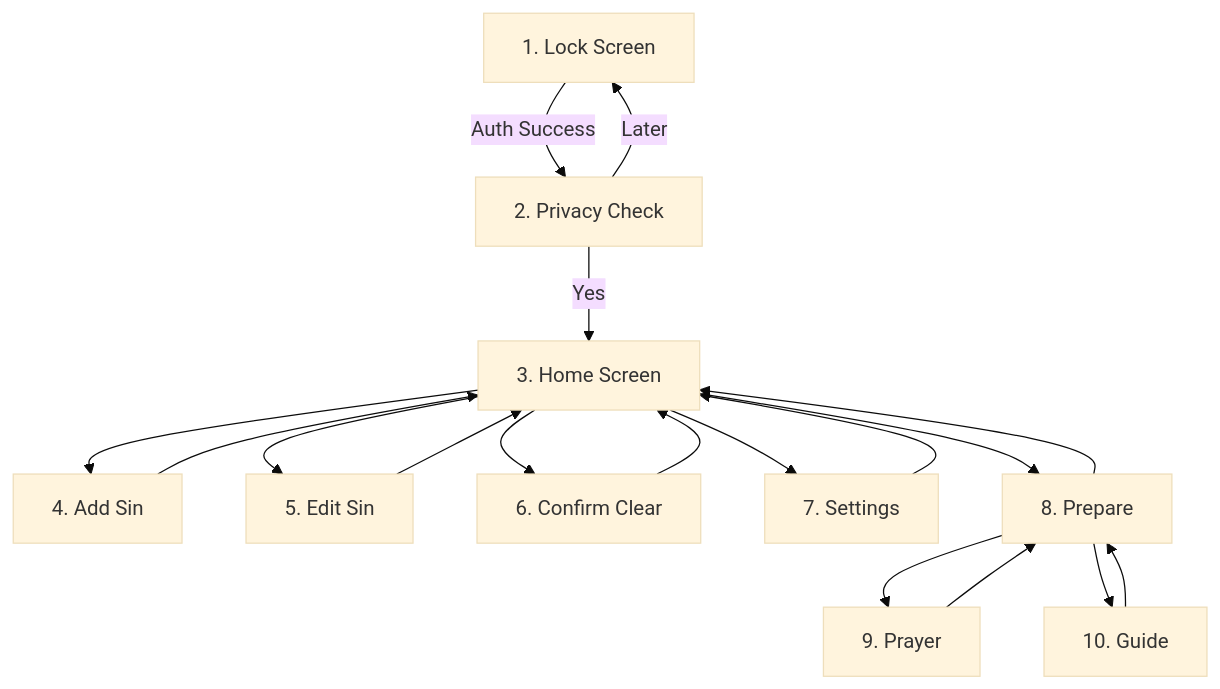
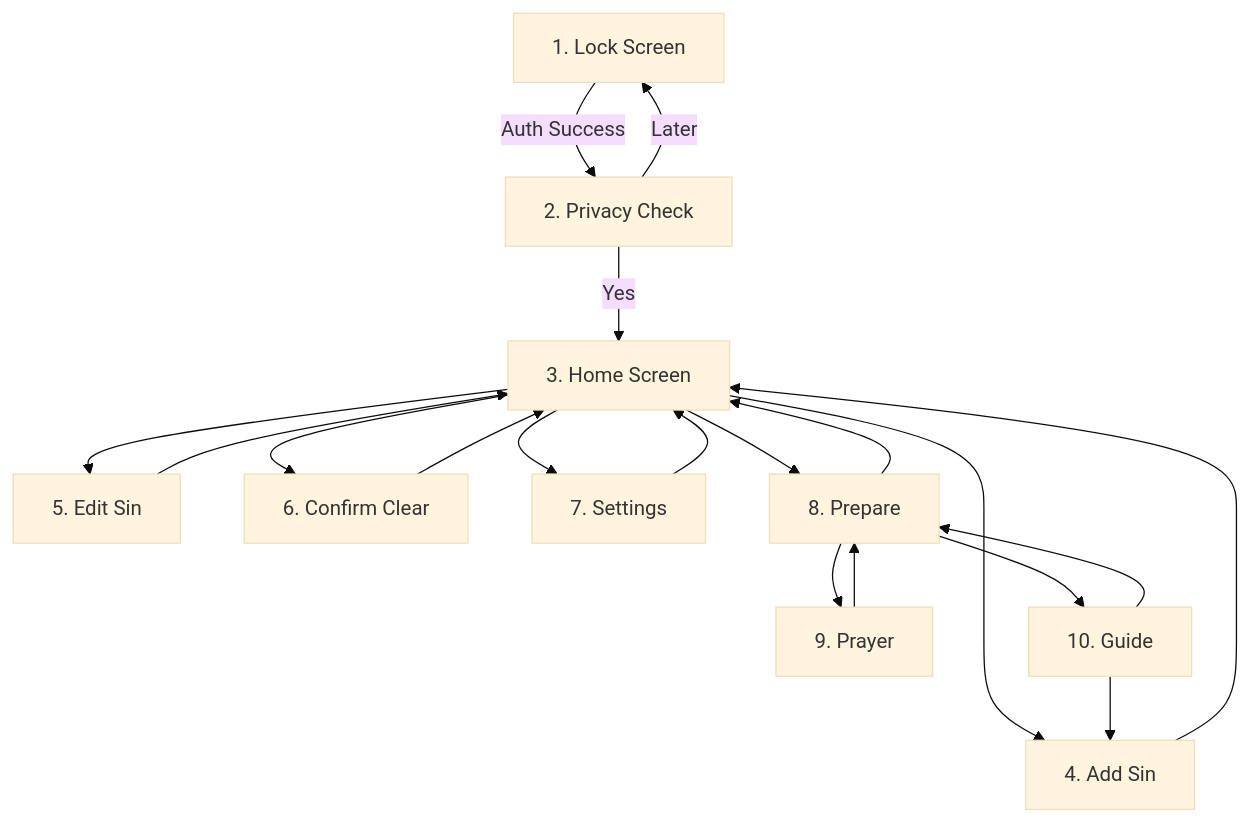
Before and after one commit to ansumiriam/kneel: the diagram in docs/SCREENS.md, drawn with Mermaid (base theme). The commit also changed other lines of this file and 4 other files, not shown here.

````diff
--- a/docs/SCREENS.md
+++ b/docs/SCREENS.md
@@ -9,15 +9,16 @@
 ```mermaid
 graph TD
     A[1. Lock Screen] -->|Auth Success| B[2. Privacy Check]
     B -->|Yes| C[3. Home Screen]
     B -->|Later| A
     C --> D[4. Add Sin]
     C --> E[5. Edit Sin]
     C --> F[6. Confirm Clear]
     C --> G[7. Settings]
     C --> H[8. Prepare]
     H --> I[9. Prayer]
     H --> J[10. Guide]
     D & E & F & G & H --> C
+    J --> D
     I & J --> H
 ```
````
